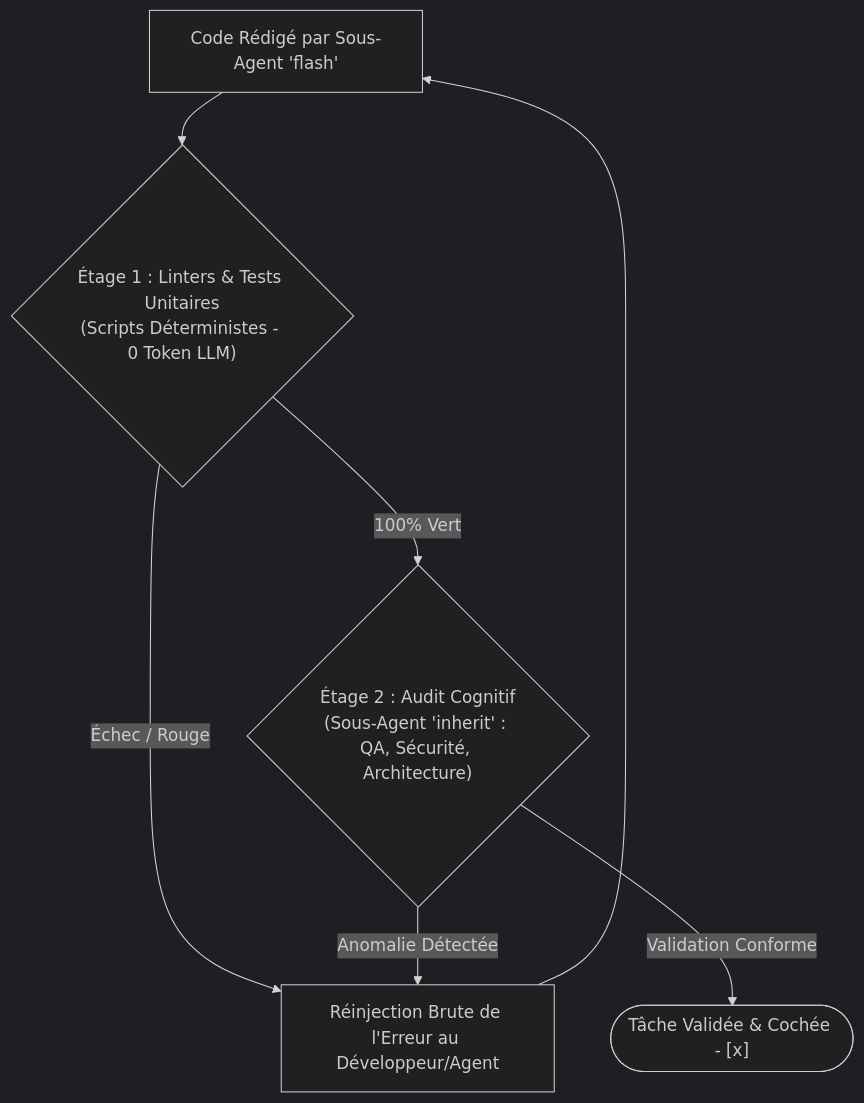
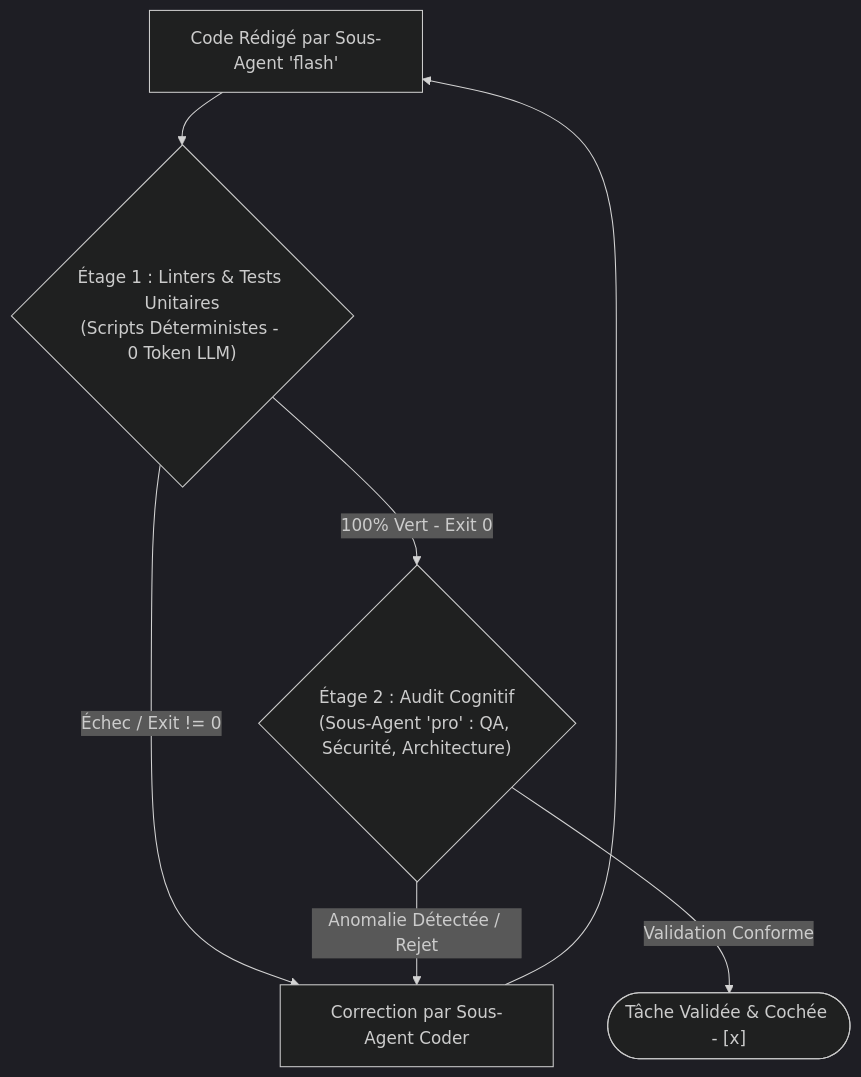
One commit to alexsan-dev/san_agy_framework changed the diagram in src/skills/san_init/templates/rules/PROJECT_TEMPLATE.md. Above: the diagram before and after it, drawn with Mermaid (dark theme). The commit also changed other lines of this file and 114 other files, not shown here.

````diff
--- a/src/skills/san_init/templates/rules/PROJECT_TEMPLATE.md
+++ b/src/skills/san_init/templates/rules/PROJECT_TEMPLATE.md
@@ -77,12 +90,9 @@
 ```mermaid
 flowchart TD
     CodeWritten["Code Rédigé par Sous-Agent 'flash'"] --> Funnel1{"Étage 1 : Linters & Tests Unitaires\n(Scripts Déterministes - 0 Token LLM)"}
-    
-    Funnel1 -->|Échec / Rouge| FixCode["Réinjection Brute de l'Erreur au Développeur/Agent"]
+    Funnel1 -->|Échec / Exit != 0| FixCode["Correction par Sous-Agent Coder"]
     FixCode --> CodeWritten
-    
-    Funnel1 -->|100% Vert| Funnel2{"Étage 2 : Audit Cognitif\n(Sous-Agent 'inherit' : QA, Sécurité, Architecture)"}
-    
-    Funnel2 -->|Anomalie Détectée| FixCode
+    Funnel1 -->|100% Vert - Exit 0| Funnel2{"Étage 2 : Audit Cognitif\n(Sous-Agent 'pro' : QA, Sécurité, Architecture)"}
+    Funnel2 -->|Anomalie Détectée / Rejet| FixCode
     Funnel2 -->|Validation Conforme| Done(["Tâche Validée & Cochée - [x]"])
 ```
````
